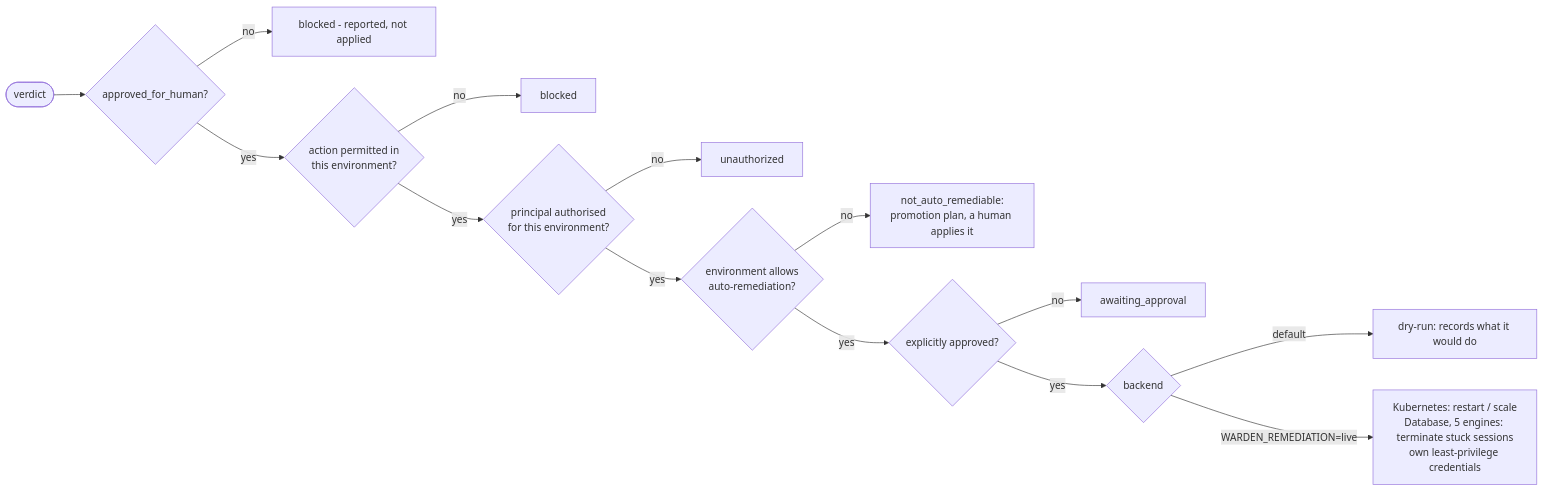
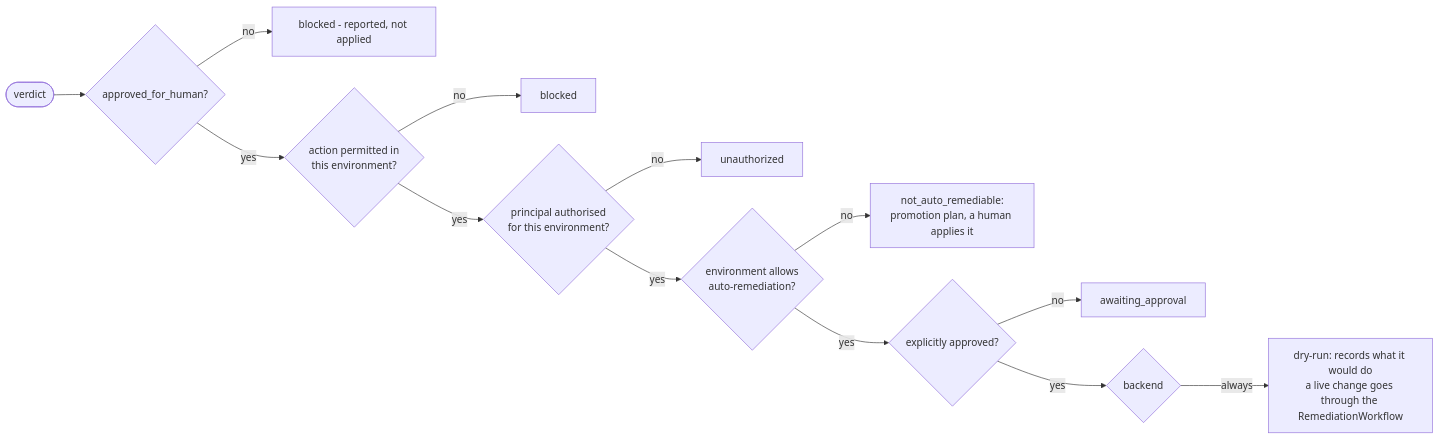
The fifth of 10 diagrams in README.md (veerarakesh56/warden), drawn with Mermaid before and after one commit. The commit also changed other lines of this file and 23 other files, not shown here.

````diff
--- a/README.md
+++ b/README.md
@@ -741,16 +727,15 @@
 ```mermaid
 flowchart LR
     V([verdict]) --> Q1{approved_for_human?}
     Q1 -->|no| N1[blocked - reported, not applied]
     Q1 -->|yes| Q2{action permitted in<br/>this environment?}
     Q2 -->|no| N2[blocked]
     Q2 -->|yes| Q3{principal authorised<br/>for this environment?}
     Q3 -->|no| N3[unauthorized]
     Q3 -->|yes| Q4{environment allows<br/>auto-remediation?}
     Q4 -->|no| N4[not_auto_remediable:<br/>promotion plan, a human applies it]
     Q4 -->|yes| Q5{explicitly approved?}
     Q5 -->|no| N5[awaiting_approval]
     Q5 -->|yes| B{backend}
-    B -->|default| DR[dry-run: records what it would do]
-    B -->|WARDEN_REMEDIATION=live| LV[Kubernetes: restart / scale<br/>Database, 5 engines: terminate stuck sessions<br/>own least-privilege credentials]
+    B -->|always| DR[dry-run: records what it would do<br/>a live change goes through the RemediationWorkflow]
 ```
````
